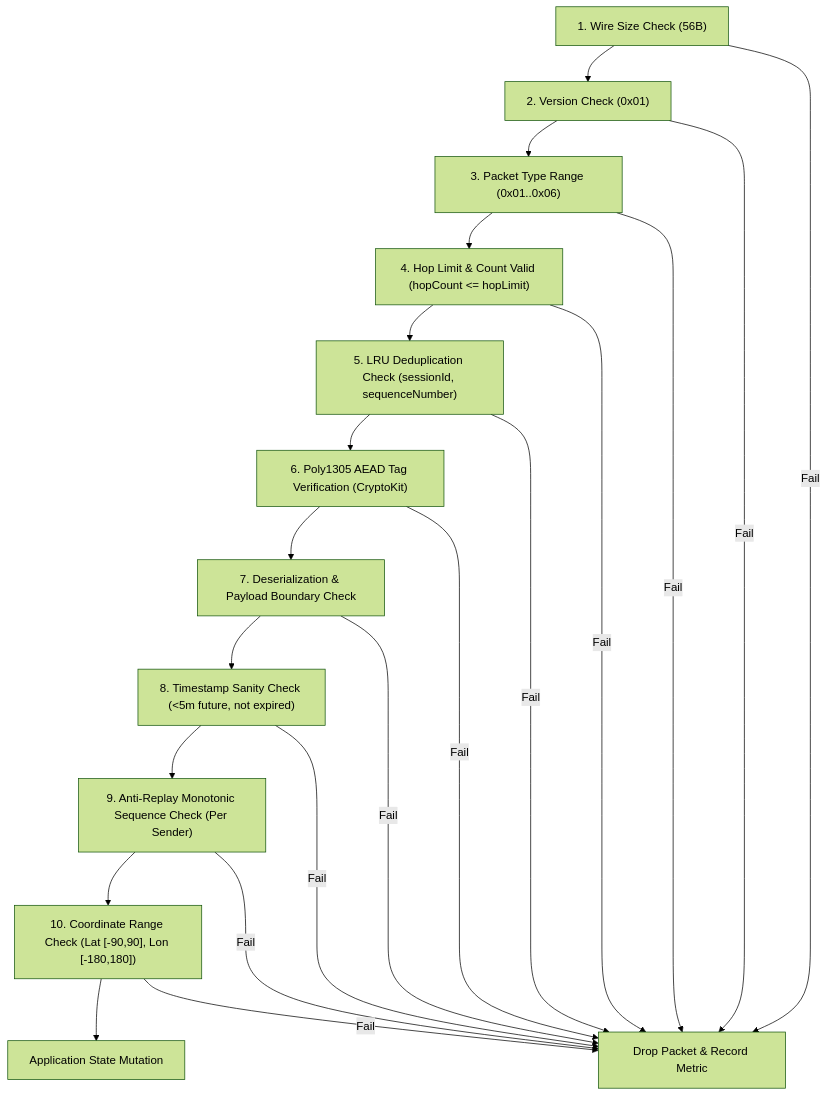
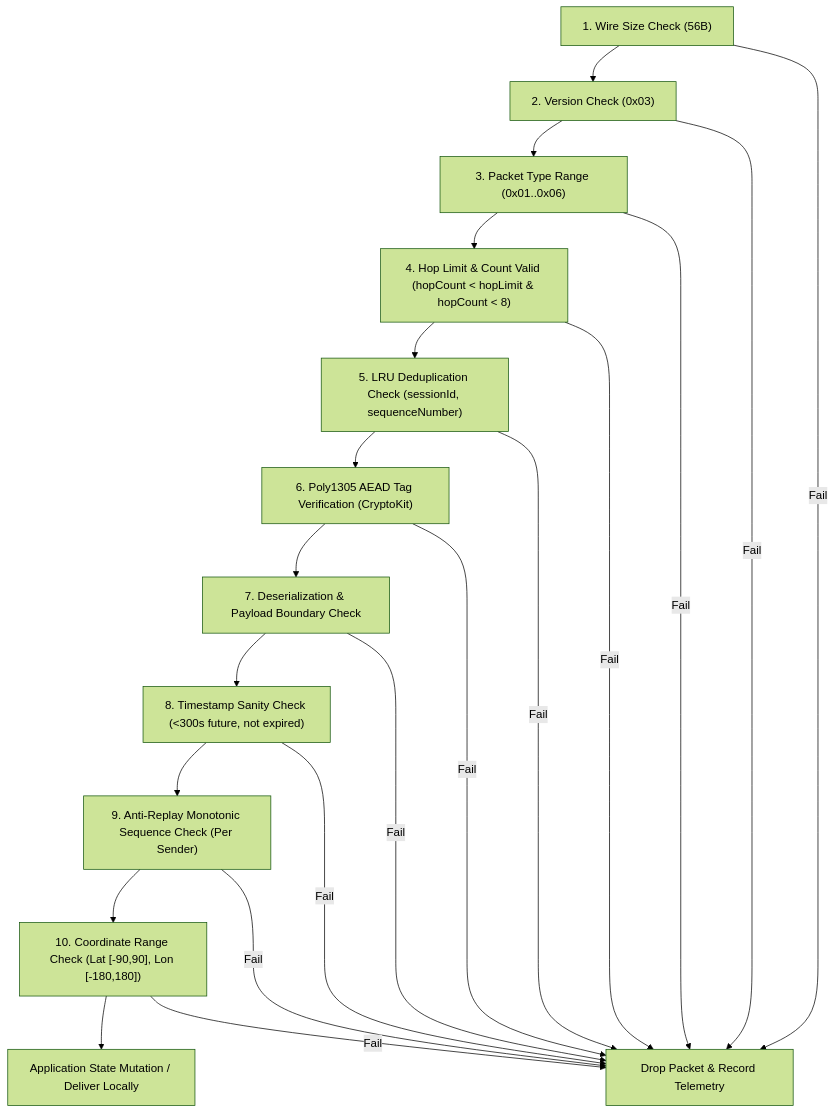
One commit to Someonelse2309/TeeKum-Prototype changed the diagram in docs/Phase 2/PROTOCOL_SPECIFICATION.md. Above: the diagram before and after it, drawn with Mermaid (forest theme). The commit also changed other lines of this file, not shown here.

````diff
--- a/docs/Phase 2/PROTOCOL_SPECIFICATION.md
+++ b/docs/Phase 2/PROTOCOL_SPECIFICATION.md
@@ -107,24 +111,24 @@
 ```mermaid
 flowchart TD
-    P1["1. Wire Size Check (56B)"] --> P2["2. Version Check (0x01)"]
+    P1["1. Wire Size Check (56B)"] --> P2["2. Version Check (0x03)"]
     P2 --> P3["3. Packet Type Range (0x01..0x06)"]
-    P3 --> P4["4. Hop Limit & Count Valid (hopCount <= hopLimit)"]
+    P3 --> P4["4. Hop Limit & Count Valid (hopCount < hopLimit & hopCount < 8)"]
     P4 --> P5["5. LRU Deduplication Check (sessionId, sequenceNumber)"]
     P5 --> P6["6. Poly1305 AEAD Tag Verification (CryptoKit)"]
     P6 --> P7["7. Deserialization & Payload Boundary Check"]
-    P7 --> P8["8. Timestamp Sanity Check (<5m future, not expired)"]
+    P7 --> P8["8. Timestamp Sanity Check (<300s future, not expired)"]
     P8 --> P9["9. Anti-Replay Monotonic Sequence Check (Per Sender)"]
     P9 --> P10["10. Coordinate Range Check (Lat [-90,90], Lon [-180,180])"]
-    P10 --> APP["Application State Mutation"]
+    P10 --> APP["Application State Mutation / Deliver Locally"]
 
-    P1 -- Fail --> Drop[Drop Packet & Record Metric]
+    P1 -- Fail --> Drop[Drop Packet & Record Telemetry]
     P2 -- Fail --> Drop
     P3 -- Fail --> Drop
     P4 -- Fail --> Drop
     P5 -- Fail --> Drop
     P6 -- Fail --> Drop
     P7 -- Fail --> Drop
     P8 -- Fail --> Drop
     P9 -- Fail --> Drop
     P10 -- Fail --> Drop
 ```
````
